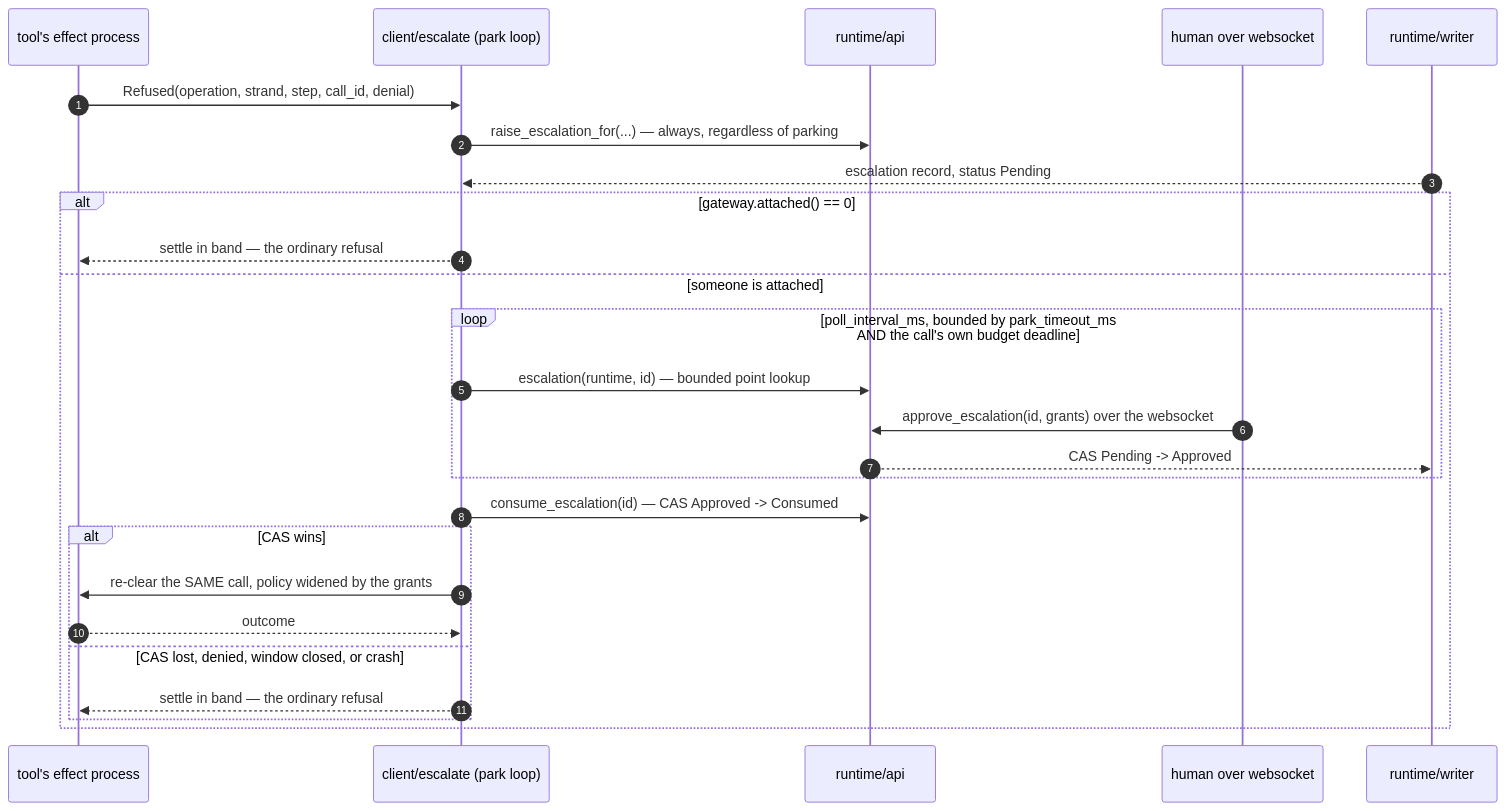
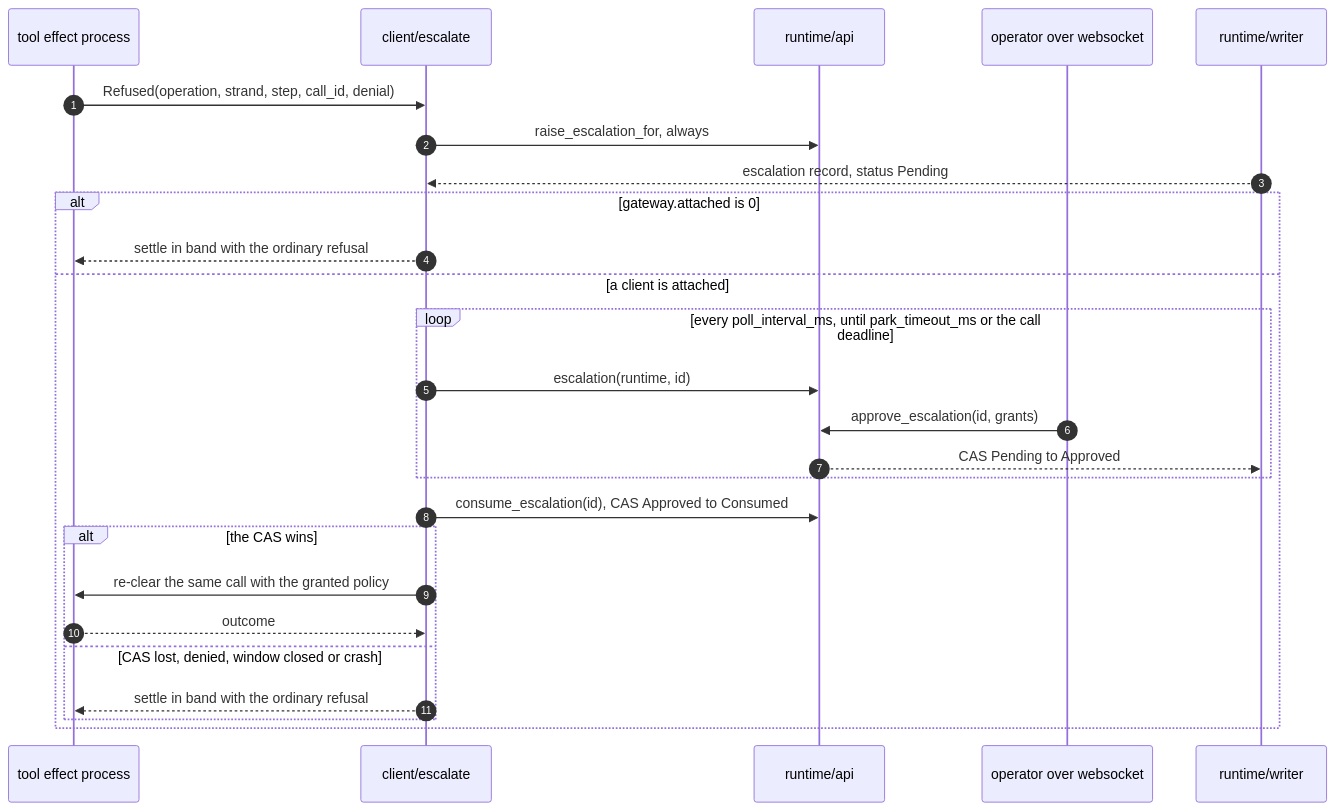
One commit to Roasbeef/loom changed the third of 3 diagrams in packages/client/README.md. Above: the diagram before and after it, drawn with Mermaid. The commit also changed other lines of this file, not shown here.

First line of the commit message:
client: rewrite the README around the single daemon

````diff
--- a/packages/client/README.md
+++ b/packages/client/README.md
@@ -55,29 +97,29 @@
 ```mermaid
 sequenceDiagram
     autonumber
-    participant Tool as tool's effect process
-    participant Esc as client/escalate (park loop)
+    participant Tool as tool effect process
+    participant Esc as client/escalate
     participant Api as runtime/api
-    participant Human as human over websocket
+    participant Human as operator over websocket
     participant Wr as runtime/writer
 
     Tool->>Esc: Refused(operation, strand, step, call_id, denial)
-    Esc->>Api: raise_escalation_for(...) — always, regardless of parking
+    Esc->>Api: raise_escalation_for, always
     Wr-->>Esc: escalation record, status Pending
-    alt gateway.attached() == 0
-        Esc-->>Tool: settle in band — the ordinary refusal
-    else someone is attached
-        loop poll_interval_ms, bounded by park_timeout_ms<br/>AND the call's own budget deadline
-            Esc->>Api: escalation(runtime, id) — bounded point lookup
-            Human->>Api: approve_escalation(id, grants) over the websocket
-            Api-->>Wr: CAS Pending -> Approved
+    alt gateway.attached is 0
+        Esc-->>Tool: settle in band with the ordinary refusal
+    else a client is attached
+        loop every poll_interval_ms, until park_timeout_ms or the call deadline
+            Esc->>Api: escalation(runtime, id)
+            Human->>Api: approve_escalation(id, grants)
+            Api-->>Wr: CAS Pending to Approved
         end
-        Esc->>Api: consume_escalation(id) — CAS Approved -> Consumed
-        alt CAS wins
-            Esc->>Tool: re-clear the SAME call, policy widened by the grants
+        Esc->>Api: consume_escalation(id), CAS Approved to Consumed
+        alt the CAS wins
+            Esc->>Tool: re-clear the same call with the granted policy
             Tool-->>Esc: outcome
-        else CAS lost, denied, window closed, or crash
-            Esc-->>Tool: settle in band — the ordinary refusal
+        else CAS lost, denied, window closed or crash
+            Esc-->>Tool: settle in band with the ordinary refusal
         end
     end
 ```
````
